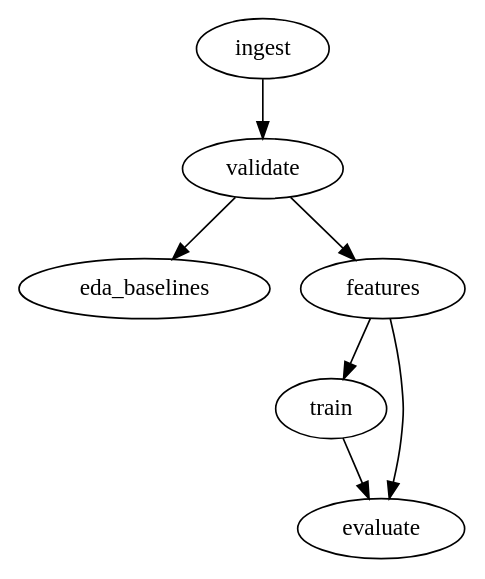
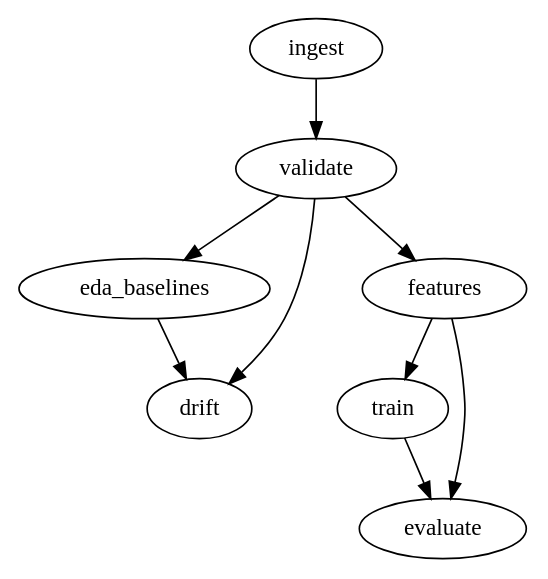
Before and after one commit to Gilgamesh60/DA5402_CH21B062_FINAL_E2E_PROJECT: the diagram in docs/diagrams/dvc-dag.dot, drawn with Graphviz. The commit also changed 18 other files, not shown here.

```diff
--- a/docs/diagrams/dvc-dag.dot
+++ b/docs/diagrams/dvc-dag.dot
@@ -1,14 +1,17 @@
 strict digraph {
 "ingest";
 "validate";
 "eda_baselines";
 "features";
 "train";
 "evaluate";
+"drift";
 "ingest" -> "validate";
 "validate" -> "eda_baselines";
 "validate" -> "features";
+"validate" -> "drift";
+"eda_baselines" -> "drift";
 "features" -> "train";
 "features" -> "evaluate";
 "train" -> "evaluate";
 }
```
